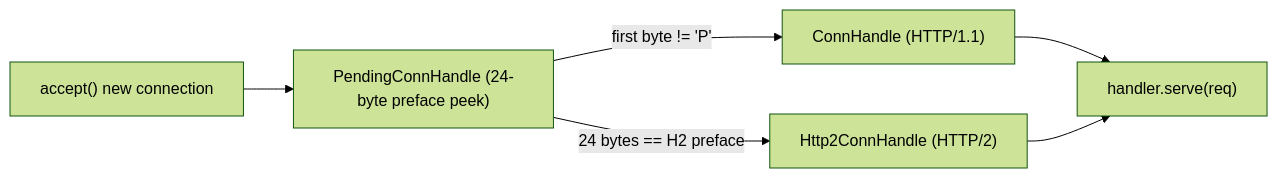
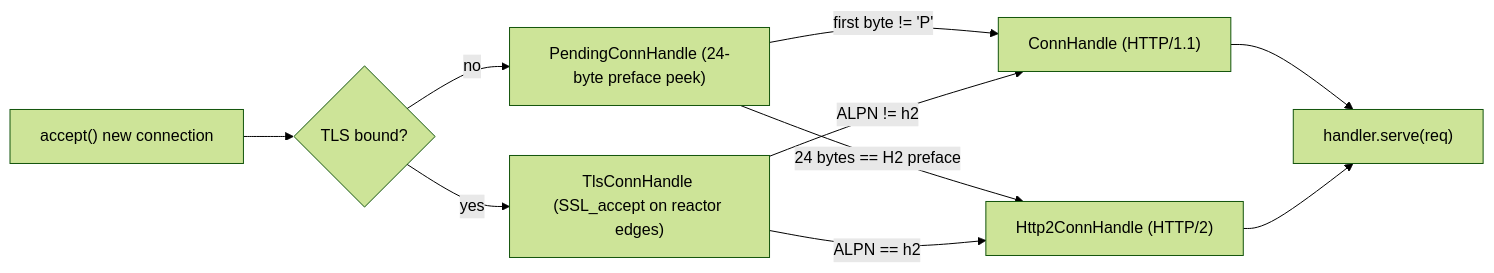
One commit to millrace/flare changed the third of 3 diagrams in docs/architecture.md. Above: the diagram before and after it, drawn with Mermaid (forest theme). The commit also changed other lines of this file and 5 other files, not shown here.

First line of the commit message:
docs: document the reactor TLS model in docs and examples

````diff
--- a/docs/architecture.md
+++ b/docs/architecture.md
@@ -385,8 +385,12 @@
 ```mermaid
 flowchart LR
-    Accept["accept() new connection"] --> Pending["PendingConnHandle (24-byte preface peek)"]
+    Accept["accept() new connection"] --> Cleartext{"TLS bound?"}
+    Cleartext -->|no| Pending["PendingConnHandle (24-byte preface peek)"]
+    Cleartext -->|yes| Tls["TlsConnHandle (SSL_accept on reactor edges)"]
     Pending -->|"first byte != 'P'"| H1["ConnHandle (HTTP/1.1)"]
     Pending -->|"24 bytes == H2 preface"| H2["Http2ConnHandle (HTTP/2)"]
+    Tls -->|"ALPN != h2"| H1
+    Tls -->|"ALPN == h2"| H2
     H1 --> Handler["handler.serve(req)"]
     H2 --> Handler
 ```
````
